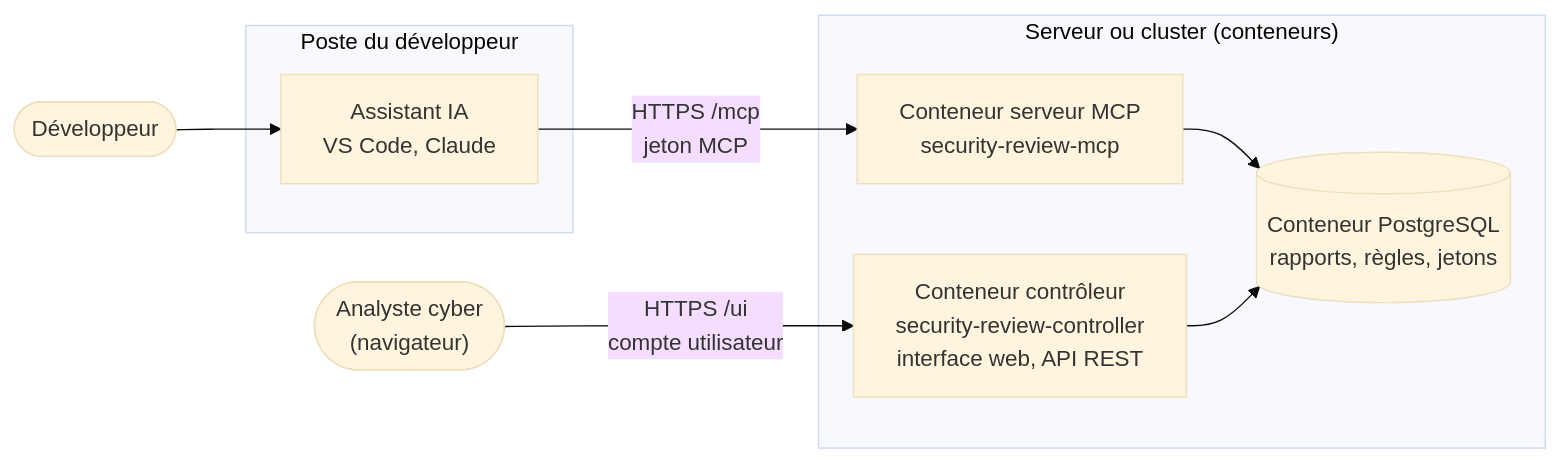
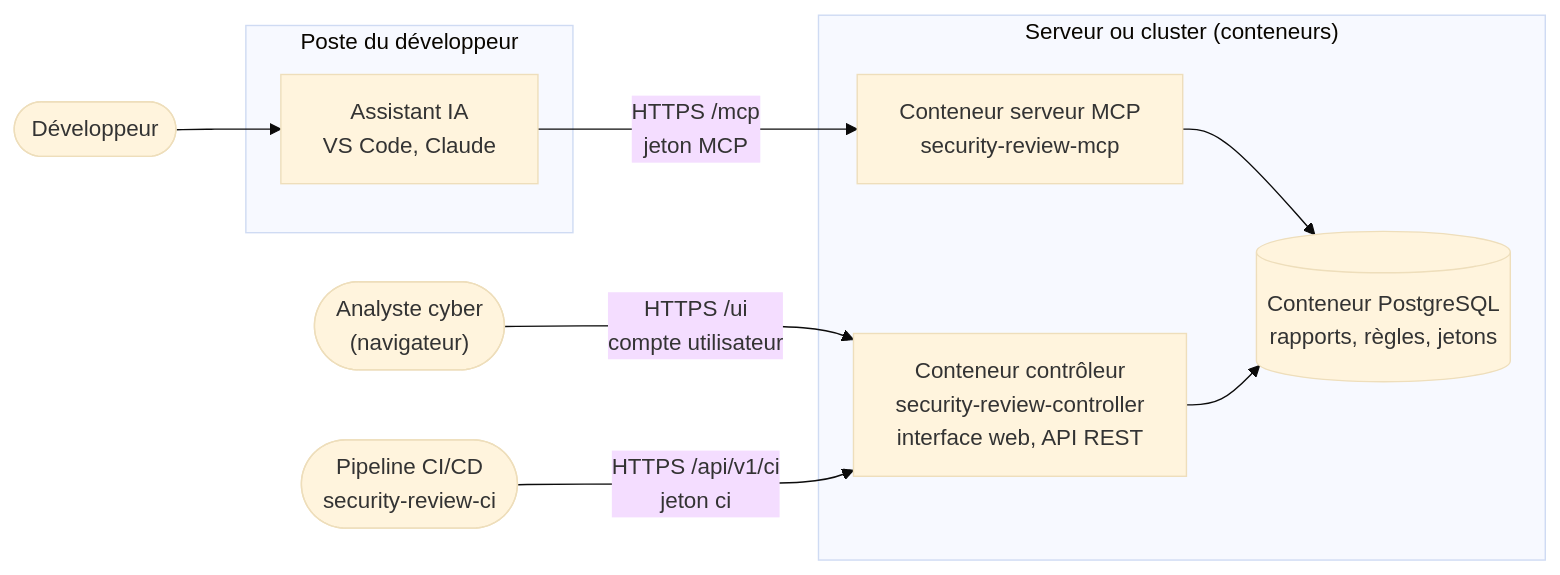
Before and after one commit to cyr-ius/security-review: the third of 3 diagrams in docs/index.fr.md, drawn with Mermaid (base theme). The commit also changed other lines of this file and 80 other files, not shown here.

````diff
--- a/docs/index.fr.md
+++ b/docs/index.fr.md
@@ -158,17 +166,19 @@
 ```mermaid
 flowchart LR
     dev(["Développeur"]) --> agent
     subgraph ws["Poste du développeur"]
         agent["Assistant IA<br/>VS Code, Claude"]
     end
     analyst(["Analyste cyber<br/>(navigateur)"])
+    ci(["Pipeline CI/CD<br/>security-review-ci"])
     subgraph srv["Serveur ou cluster (conteneurs)"]
         mcp["Conteneur serveur MCP<br/>security-review-mcp"]
         ctl["Conteneur contrôleur<br/>security-review-controller<br/>interface web, API REST"]
         pg[("Conteneur PostgreSQL<br/>rapports, règles, jetons")]
     end
     agent -- "HTTPS /mcp<br/>jeton MCP" --> mcp
     analyst -- "HTTPS /ui<br/>compte utilisateur" --> ctl
+    ci -- "HTTPS /api/v1/ci<br/>jeton ci" --> ctl
     mcp --> pg
     ctl --> pg
 ```
````
